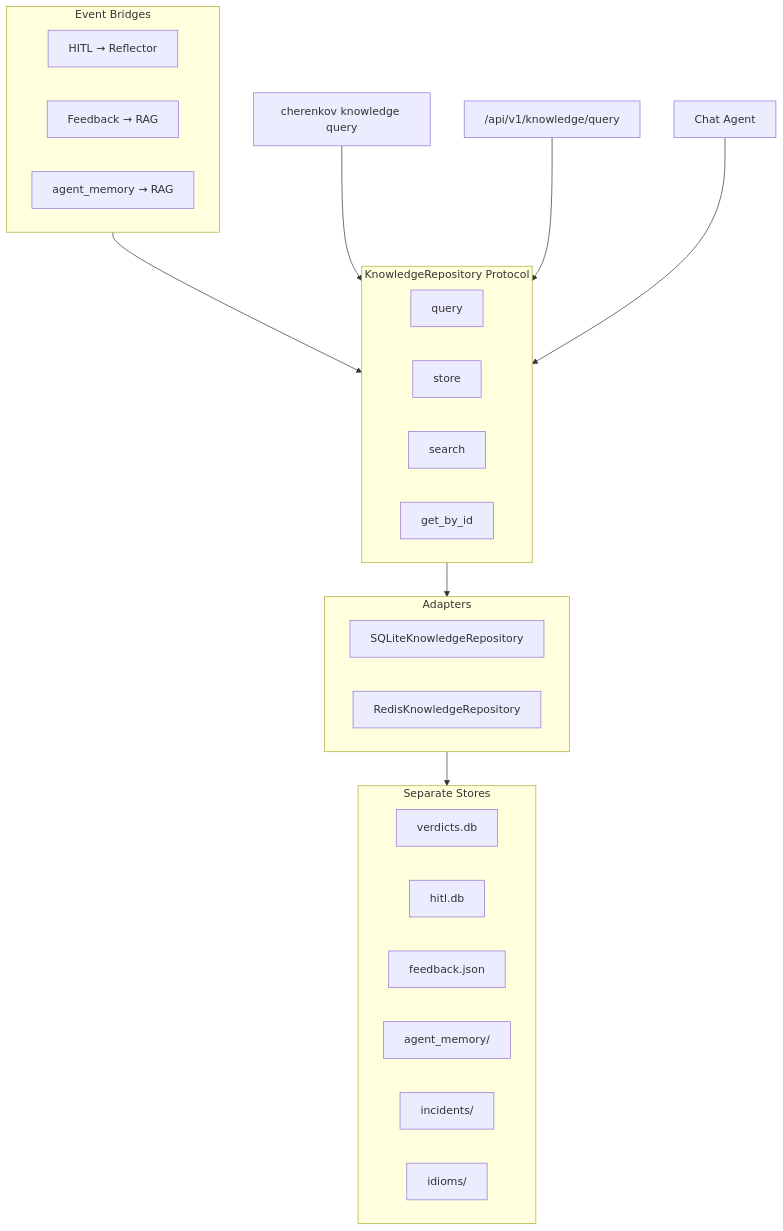
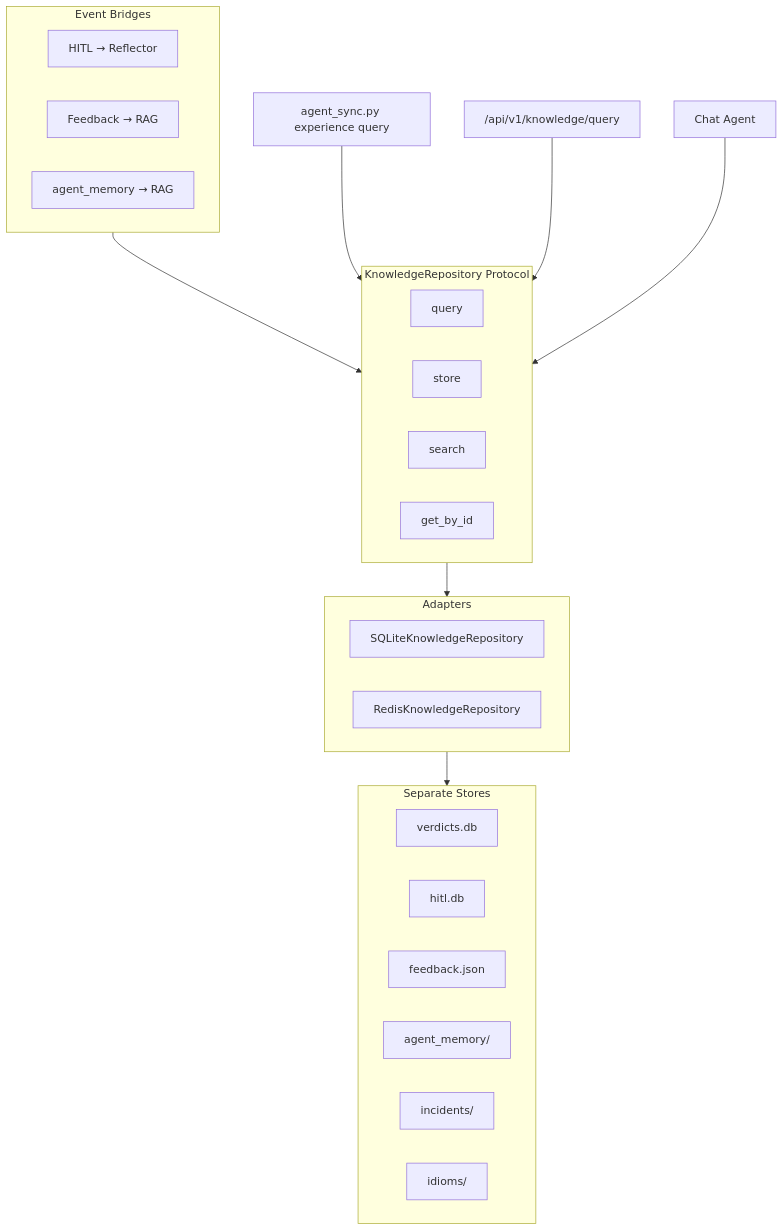
Before and after one commit to moaidmoatasem/cherenkov-qa: the fifth of 9 diagrams in docs-site/docs/architecture/diagrams.md, drawn with Mermaid. The commit also changed 1 other file, not shown here.

Commit message:
docs: align documentation with CC-1 agent_sync implementation

````diff
--- a/docs-site/docs/architecture/diagrams.md
+++ b/docs-site/docs/architecture/diagrams.md
@@ -137,32 +137,32 @@
 ```mermaid
 flowchart TB
   subgraph KB[KnowledgeRepository Protocol]
     Q[query]
     S[store]
     SR[search]
     G[get_by_id]
   end
   subgraph Stores[Separate Stores]
     V[verdicts.db]
     H[hitl.db]
     F[feedback.json]
     AM[agent_memory/]
     I[incidents/]
     ID[idioms/]
   end
   subgraph Adapters[Adapters]
     SQL[SQLiteKnowledgeRepository]
     RED[RedisKnowledgeRepository]
   end
   subgraph Bridges[Event Bridges]
     HB[HITL → Reflector]
     FB[Feedback → RAG]
     AB[agent_memory → RAG]
   end
   KB --> Adapters
   Adapters --> Stores
   Bridges --> KB
-  CLI["cherenkov knowledge query"] --> KB
+  CLI["agent_sync.py experience query"] --> KB
   APIRoute["/api/v1/knowledge/query"] --> KB
   ChatAgent[Chat Agent] --> KB
 ```
````
